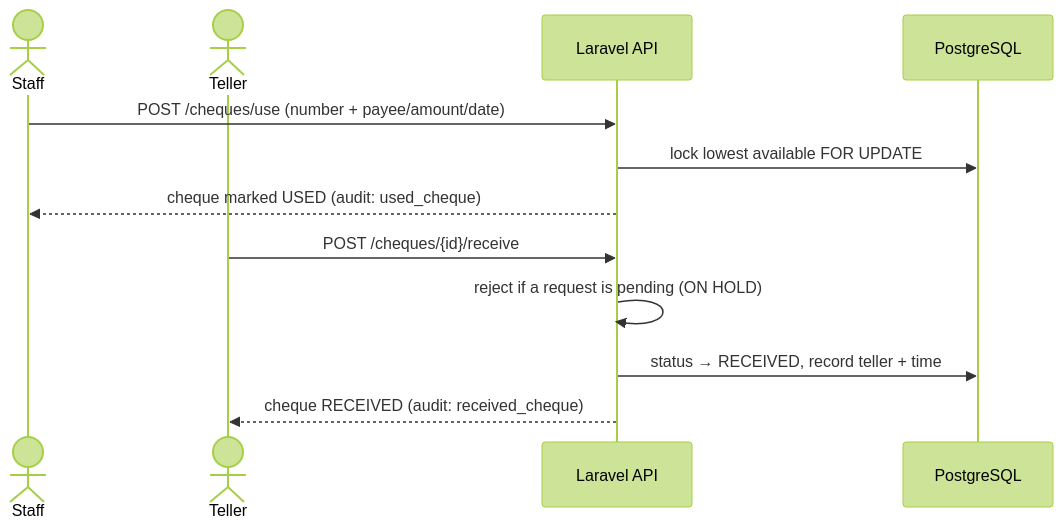
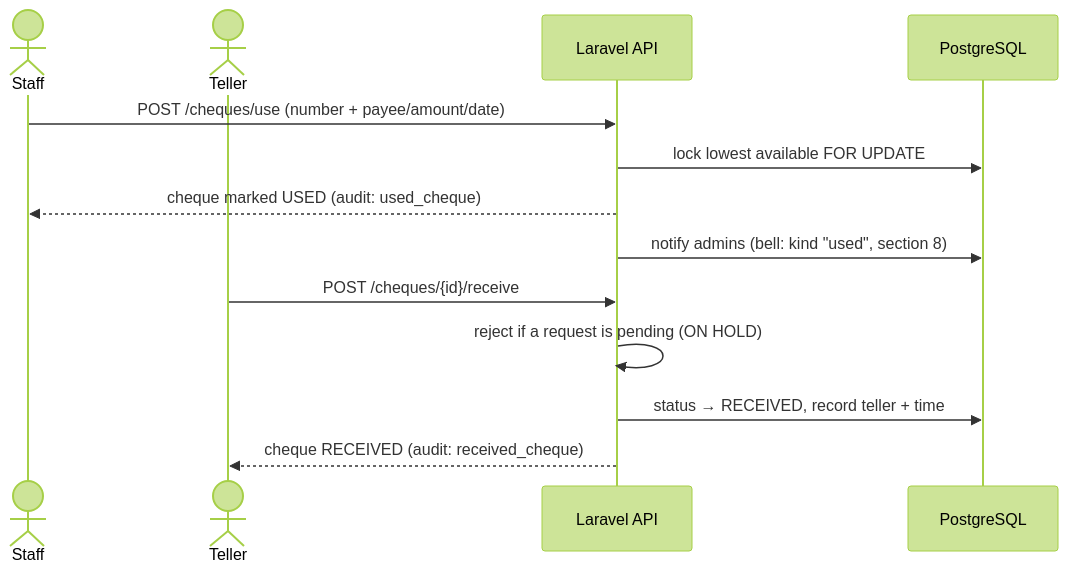
The third of 5 diagrams in docs/DOCUMENTATION.md (nicolasjob21/E-MDS), drawn with Mermaid (forest theme) before and after one commit. The commit also changed other lines of this file and 14 other files, not shown here.

````diff
--- a/docs/DOCUMENTATION.md
+++ b/docs/DOCUMENTATION.md
@@ -100,16 +100,17 @@
 ```mermaid
 sequenceDiagram
     actor Staff
     actor Teller
     participant API as Laravel API
     participant DB as PostgreSQL
 
     Staff->>API: POST /cheques/use (number + payee/amount/date)
     API->>DB: lock lowest available FOR UPDATE
     API-->>Staff: cheque marked USED (audit: used_cheque)
+    API->>DB: notify admins (bell: kind "used", section 8)
 
     Teller->>API: POST /cheques/{id}/receive
     API->>API: reject if a request is pending (ON HOLD)
     API->>DB: status → RECEIVED, record teller + time
     API-->>Teller: cheque RECEIVED (audit: received_cheque)
 ```
````
